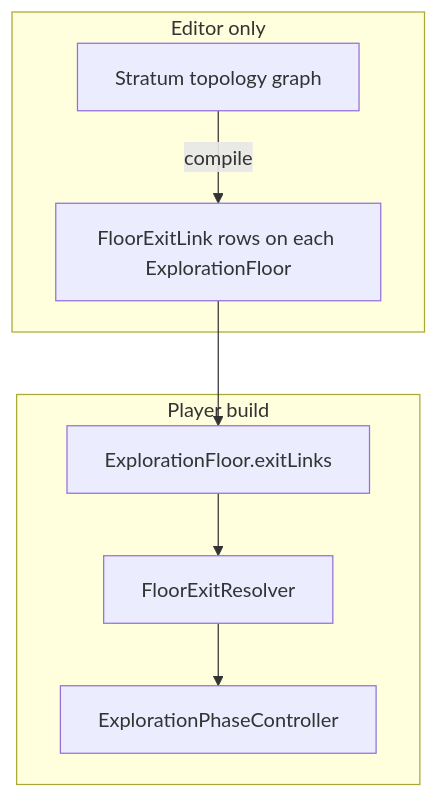
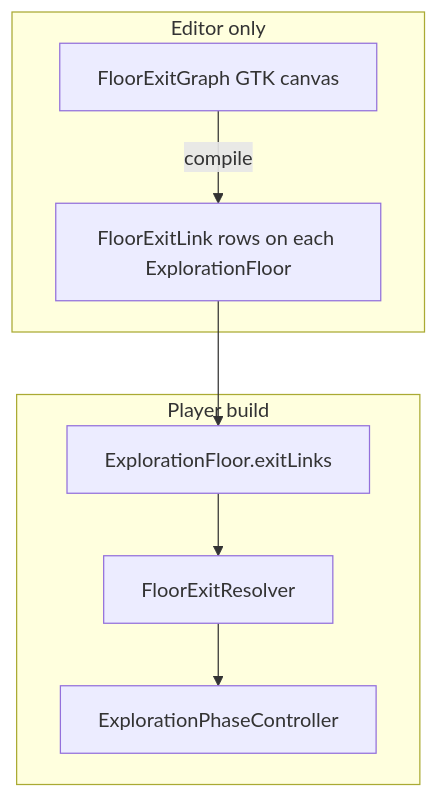
The diagram in decisions/040-floor-exit-topology-graph.md (miramocha/griddungeon-design-docs), drawn with Mermaid before and after one commit. The commit also changed other lines of this file and 3 other files, not shown here.

Commit message:
docs: add ADR 041 floor exit graph GTK wiring for game #253

````diff
--- a/decisions/040-floor-exit-topology-graph.md
+++ b/decisions/040-floor-exit-topology-graph.md
@@ -72,13 +72,13 @@
 ```mermaid
 flowchart TB
   subgraph editor [Editor only]
-    GT[Stratum topology graph]
+    GT[FloorExitGraph GTK canvas]
     GT -->|compile| Links[FloorExitLink rows on each ExplorationFloor]
   end
   subgraph runtime [Player build]
     SF[ExplorationFloor.exitLinks]
     SF --> Resolver[FloorExitResolver]
     Resolver --> EPC[ExplorationPhaseController]
   end
   Links --> SF
 ```
````
